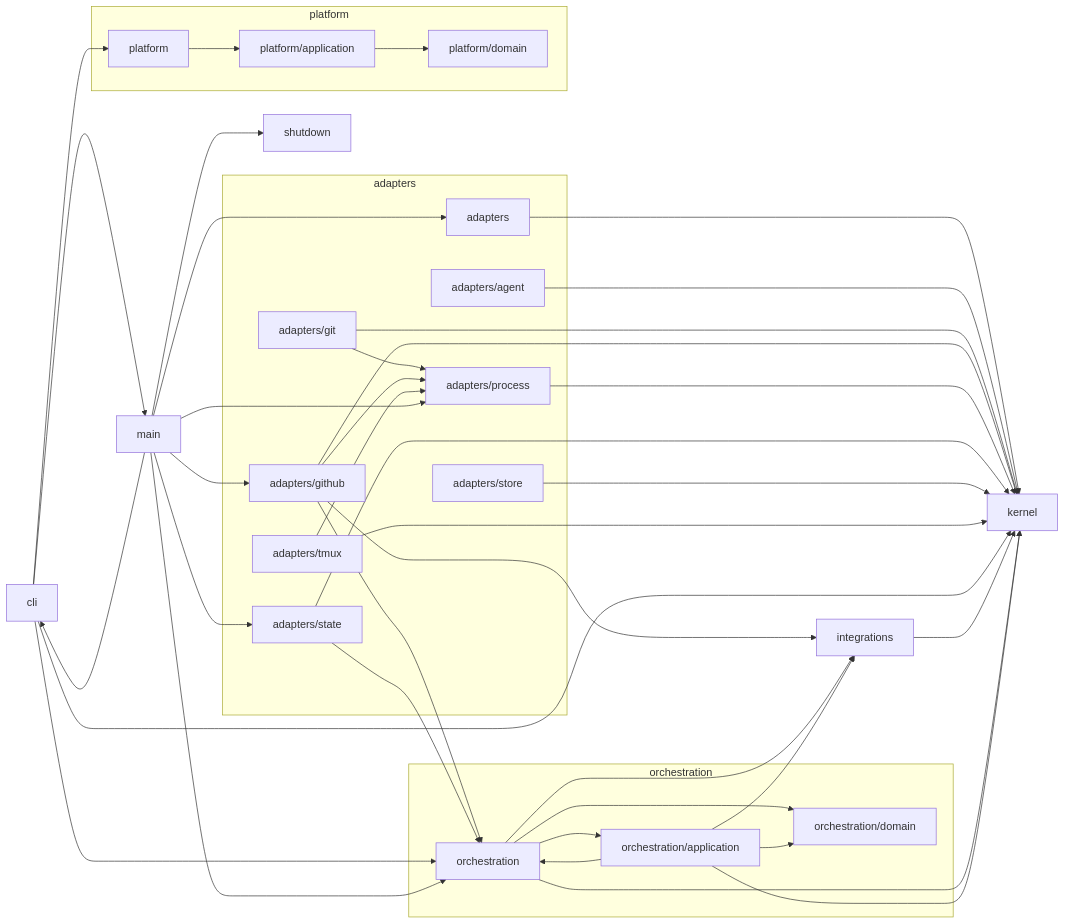
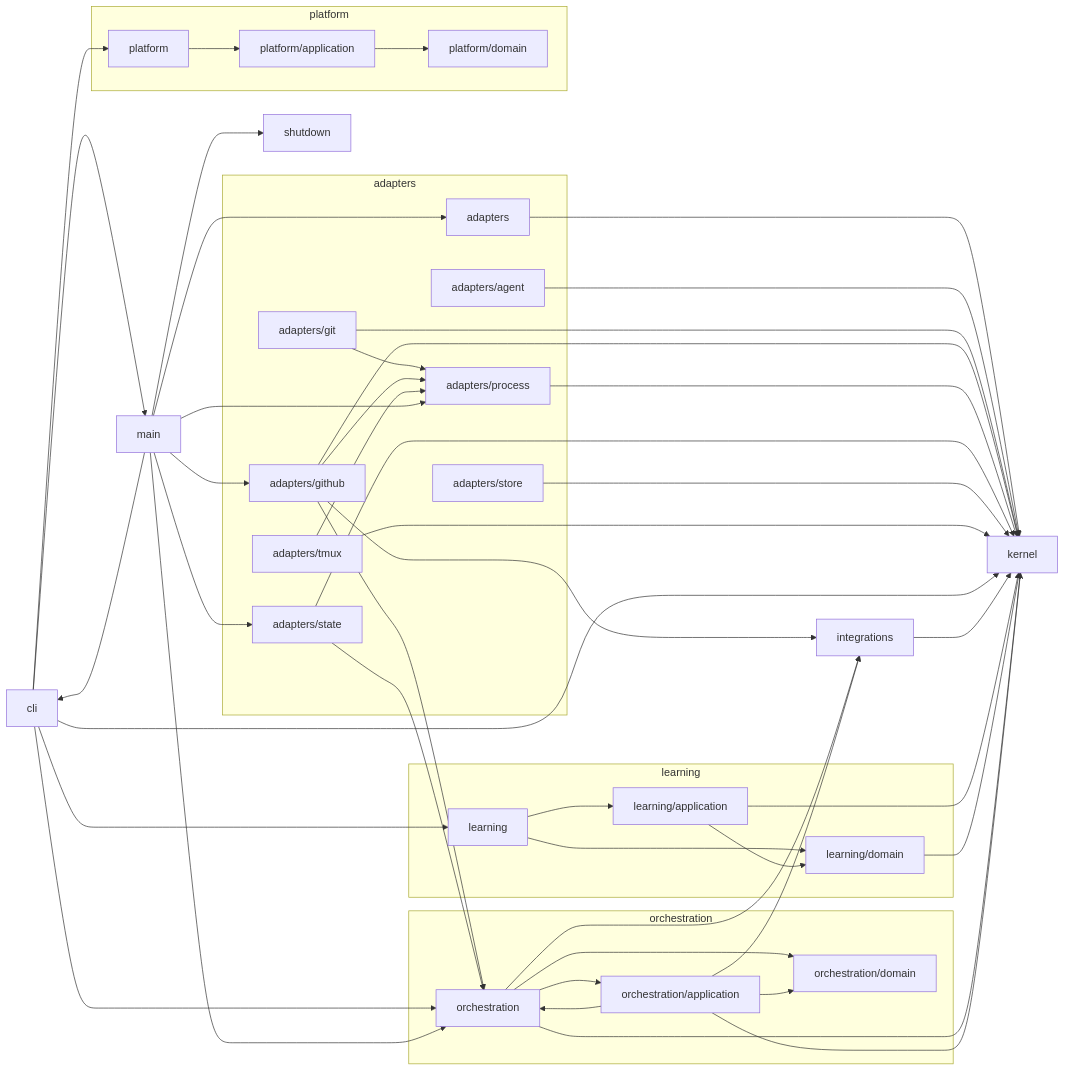
The diagram in docs/reference/dependency-graph.md (sethdford/shipwright), drawn with Mermaid before and after one commit. The commit also changed 18 other files, not shown here.

````diff
--- a/docs/reference/dependency-graph.md
+++ b/docs/reference/dependency-graph.md
@@ -8,64 +8,75 @@
 ```mermaid
 flowchart LR
   subgraph ctx_adapters["adapters"]
     adapters["adapters"]
     adapters_agent["adapters/agent"]
     adapters_git["adapters/git"]
     adapters_github["adapters/github"]
     adapters_process["adapters/process"]
     adapters_state["adapters/state"]
     adapters_store["adapters/store"]
     adapters_tmux["adapters/tmux"]
+  end
+  subgraph ctx_learning["learning"]
+    learning["learning"]
+    learning_application["learning/application"]
+    learning_domain["learning/domain"]
   end
   subgraph ctx_orchestration["orchestration"]
     orchestration["orchestration"]
     orchestration_application["orchestration/application"]
     orchestration_domain["orchestration/domain"]
   end
   subgraph ctx_platform["platform"]
     platform["platform"]
     platform_application["platform/application"]
     platform_domain["platform/domain"]
   end
   cli["cli"]
   integrations["integrations"]
   kernel["kernel"]
   main["main"]
   shutdown["shutdown"]
   adapters --> kernel
   adapters_agent --> kernel
   adapters_git --> adapters_process
   adapters_git --> kernel
   adapters_github --> adapters_process
   adapters_github --> integrations
   adapters_github --> kernel
   adapters_github --> orchestration
   adapters_process --> kernel
   adapters_state --> kernel
   adapters_state --> orchestration
   adapters_store --> kernel
   adapters_tmux --> adapters_process
   adapters_tmux --> kernel
   cli --> kernel
+  cli --> learning
   cli --> main
   cli --> orchestration
   cli --> platform
   integrations --> kernel
+  learning --> learning_application
+  learning --> learning_domain
+  learning_application --> kernel
+  learning_application --> learning_domain
+  learning_domain --> kernel
   main --> adapters
   main --> adapters_github
   main --> adapters_process
   main --> adapters_state
   main --> cli
   main --> orchestration
   main --> shutdown
   orchestration --> integrations
   orchestration --> kernel
   orchestration --> orchestration_application
   orchestration --> orchestration_domain
   orchestration_application --> integrations
   orchestration_application --> kernel
   orchestration_application --> orchestration
   orchestration_application --> orchestration_domain
   platform --> platform_application
   platform_application --> platform_domain
 ```
````
